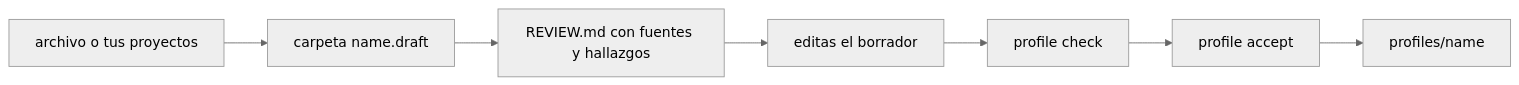
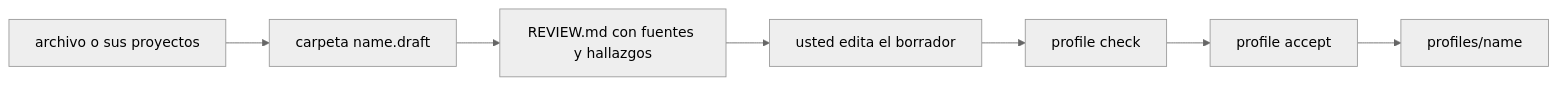
The third of 3 diagrams in python/amauta/portal/guide/es/data-security.md (Negraldi/amauta), drawn with Mermaid (neutral theme) before and after one commit. The commit also changed other lines of this file and 45 other files, not shown here.

````diff
--- a/python/amauta/portal/guide/es/data-security.md
+++ b/python/amauta/portal/guide/es/data-security.md
@@ -111,9 +111,9 @@
 ```mermaid
 flowchart LR
-  SRC["archivo o tus proyectos"] --> DR["carpeta name.draft"]
+  SRC["archivo o sus proyectos"] --> DR["carpeta name.draft"]
   DR --> RV["REVIEW.md con fuentes y hallazgos"]
-  RV --> ED["editas el borrador"]
+  RV --> ED["usted edita el borrador"]
   ED --> CK["profile check"]
   CK --> AC["profile accept"]
   AC --> PR["profiles/name"]
 ```
````
